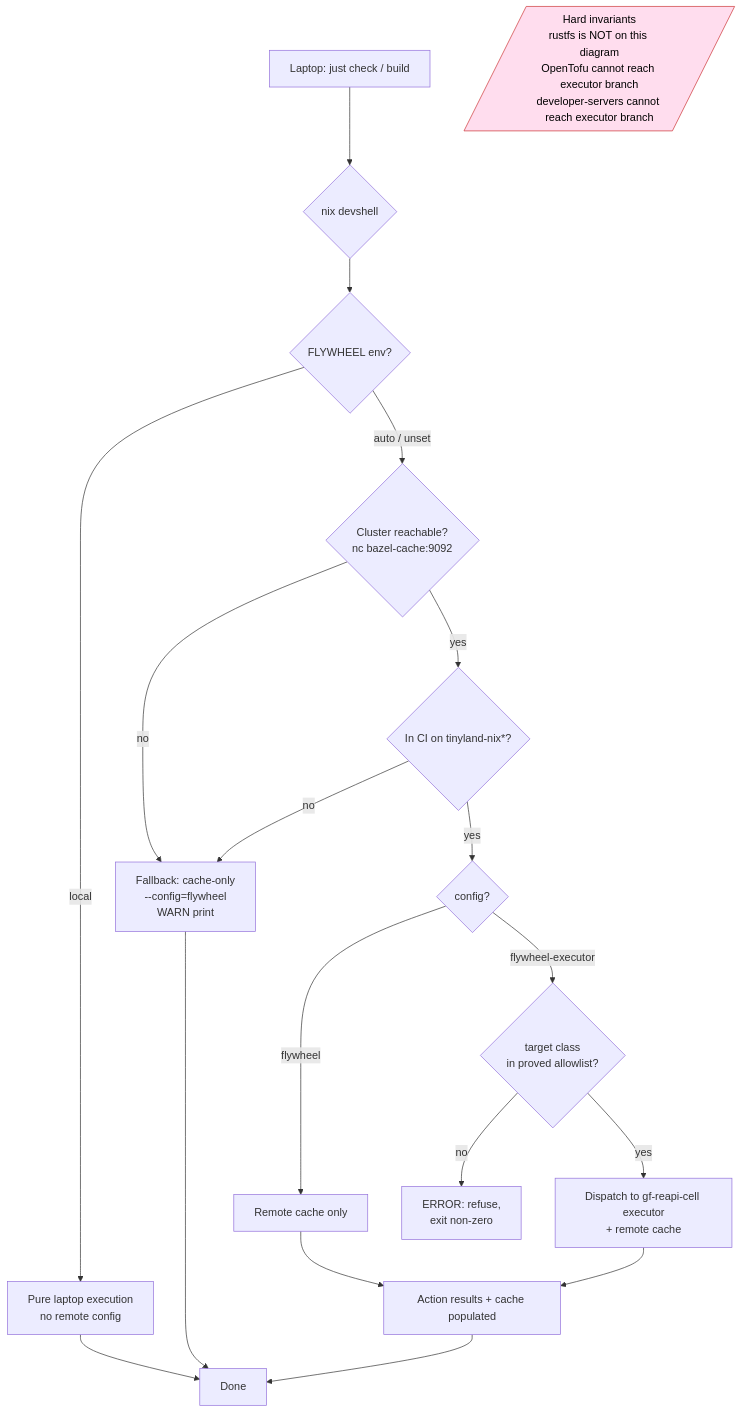
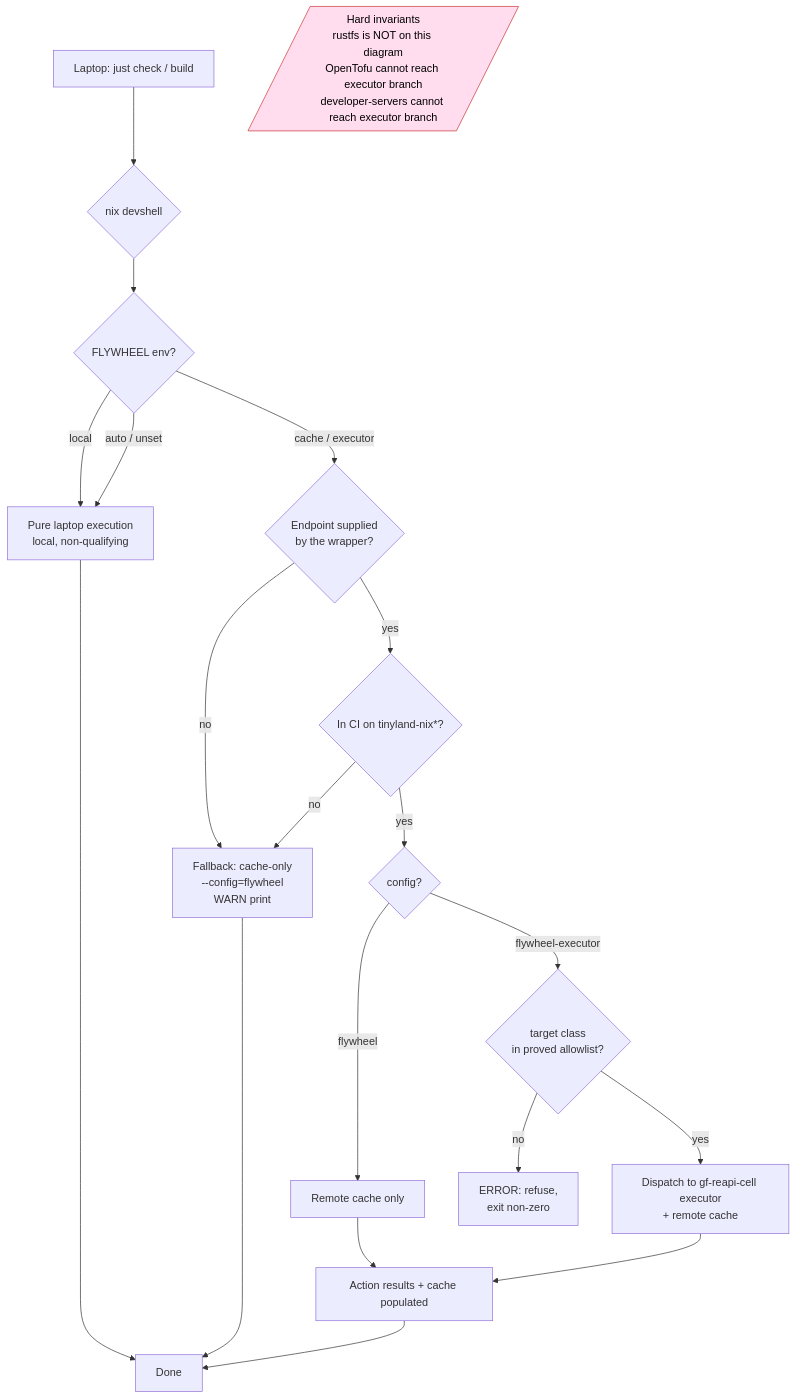
The second of 2 diagrams in docs/CI-SCHEMA.md (Jesssullivan/darkmap.phasi.space), drawn with Mermaid before and after one commit. The commit also changed other lines of this file and 5 other files, not shown here.

First line of the commit message:
fix(bazel): bound the client server and drop the retired cache lane (TIN-5770)

````diff
--- a/docs/CI-SCHEMA.md
+++ b/docs/CI-SCHEMA.md
@@ -584,23 +584,24 @@
 ```mermaid
 flowchart TD
   A[Laptop: just check / build] --> B{nix devshell}
   B --> C{FLYWHEEL env?}
-  C -->|local| D[Pure laptop execution<br/>no remote config]
-  C -->|auto / unset| E{Cluster reachable?<br/>nc bazel-cache:9092}
+  C -->|local| D[Pure laptop execution<br/>local, non-qualifying]
+  C -->|auto / unset| D
+  C -->|cache / executor| E{Endpoint supplied<br/>by the wrapper?}
   E -->|no| F[Fallback: cache-only<br/>--config=flywheel<br/>WARN print]
   E -->|yes| G{In CI on tinyland-nix*?}
   G -->|no| F
   G -->|yes| H{config?}
   H -->|flywheel| I[Remote cache only]
   H -->|flywheel-executor| J{target class<br/>in proved allowlist?}
   J -->|no| K[ERROR: refuse,<br/>exit non-zero]
   J -->|yes| L[Dispatch to gf-reapi-cell executor<br/>+ remote cache]
   L --> M[Action results + cache populated]
   I --> M
   D --> N[Done]
   F --> N
   M --> N
 
   classDef invariant fill:#fde,stroke:#c33,color:#000
   X[/Hard invariants<br/>rustfs is NOT on this diagram<br/>OpenTofu cannot reach executor branch<br/>developer-servers cannot reach executor branch/]:::invariant
 ```
````
